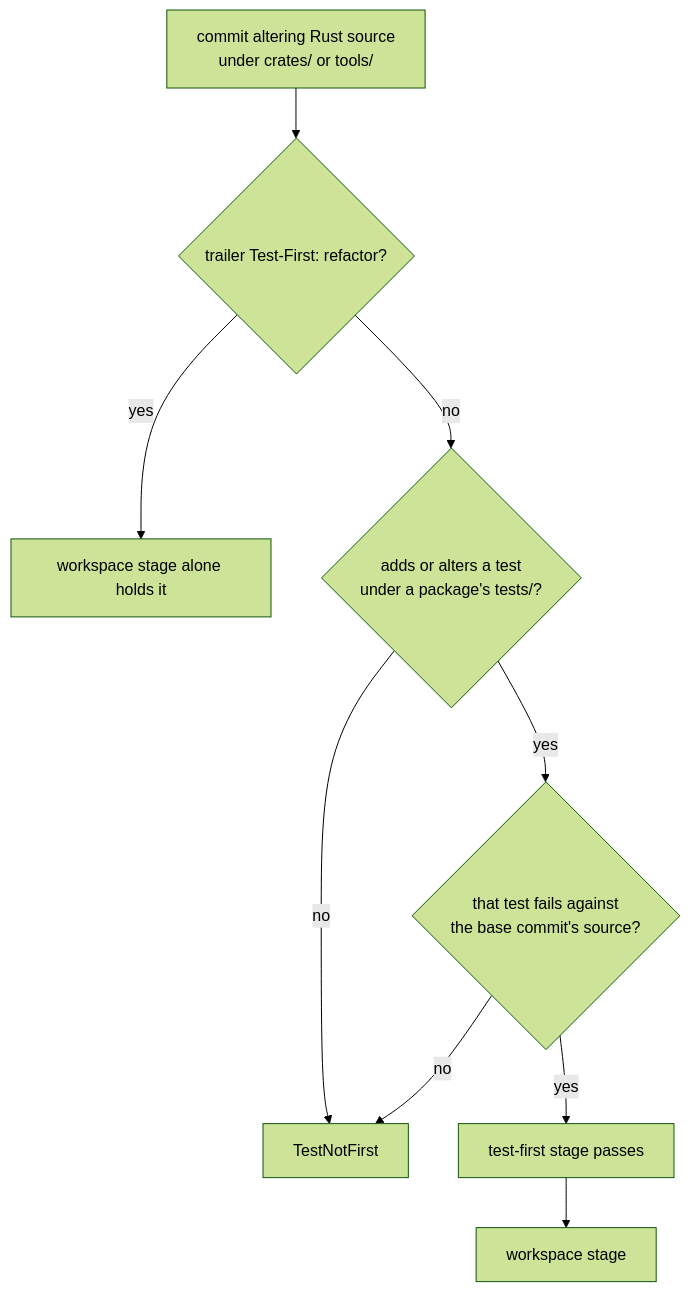
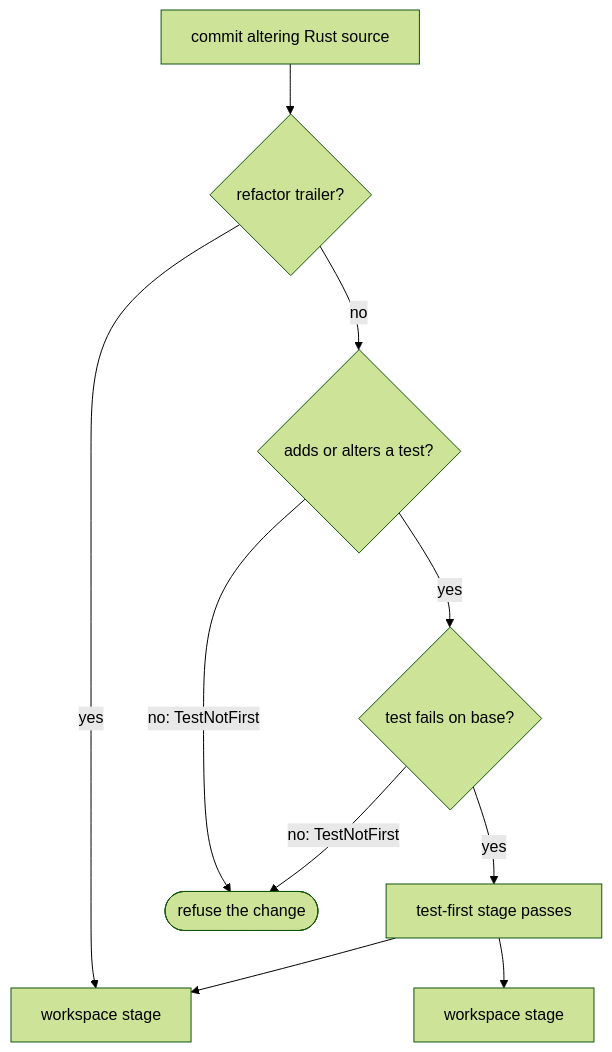
The second of 3 diagrams in spec/81-engineering.md (fractalboxdev/contextful), drawn with Mermaid (forest theme) before and after one commit. The commit also changed other lines of this file and 24 other files, not shown here.

First line of the commit message:
spec: every flowchart draws one entity or process per node

````diff
--- a/spec/81-engineering.md
+++ b/spec/81-engineering.md
@@ -97,11 +97,12 @@
 ```mermaid
 flowchart TD
-  CH["commit altering Rust source<br/>under crates/ or tools/"] --> TR{"trailer Test-First: refactor?"}
-  TR -- yes --> WS["workspace stage alone holds it"]
-  TR -- no --> T{"adds or alters a test<br/>under a package's tests/?"}
-  T -- no --> E1["TestNotFirst"]
-  T -- yes --> B{"that test fails against<br/>the base commit's source?"}
-  B -- no --> E1
+  CH["commit altering Rust source"] --> TR{"refactor trailer?"}
+  TR -- yes --> WS["workspace stage"]
+  TR -- no --> T{"adds or alters a test?"}
+  T -- "no: TestNotFirst" --> E1(["refuse the change"])
+  T -- yes --> B{"test fails on base?"}
+  B -- "no: TestNotFirst" --> E1
   B -- yes --> OK["test-first stage passes"]
+  OK --> WS
   OK --> WS2["workspace stage"]
 ```
````
